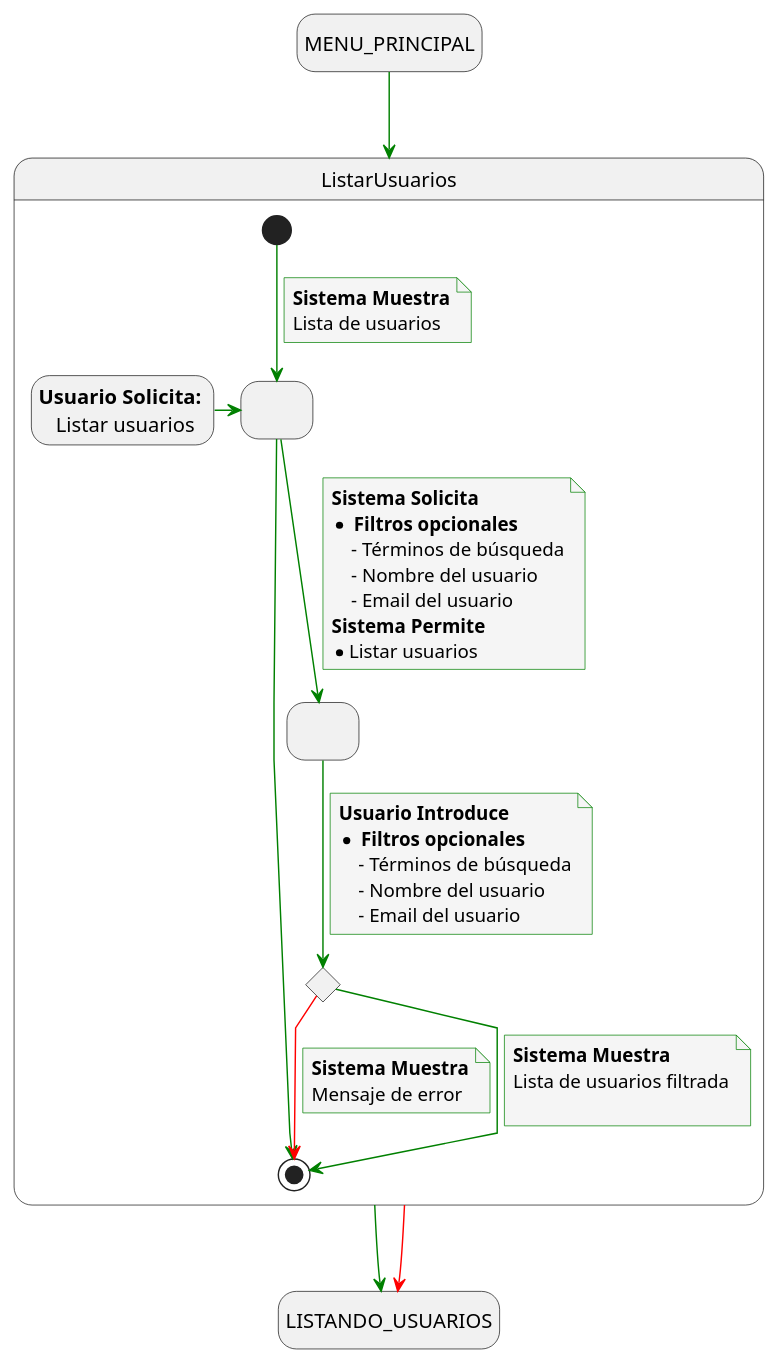
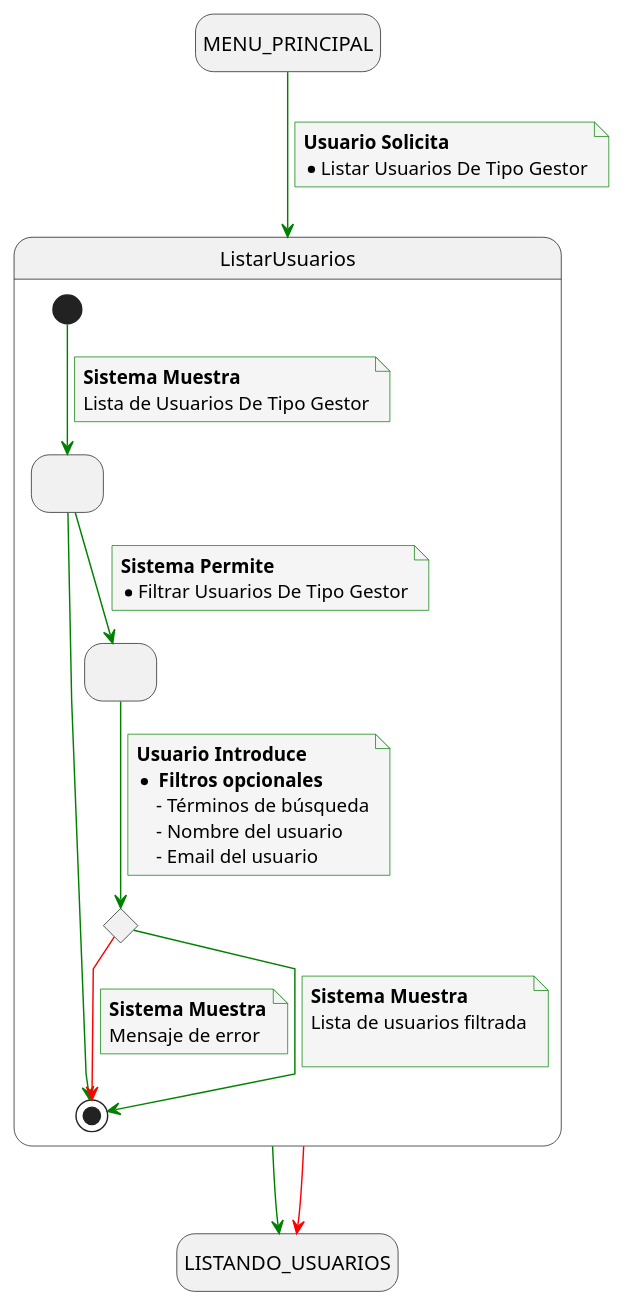
The diagram in docs/casosDeUso/detalladoCasosDeUso/detalladoUsuarios/detalladoListarUsuarioGestor.puml (mmasias/24-25-IdSw1-SDR), drawn with PlantUML before and after one commit. The commit also changed 7 other files, not shown here.

Commit message:
Ajuste detalle de CRUD usuarios tipo gestor

```diff
--- a/docs/casosDeUso/detalladoCasosDeUso/detalladoUsuarios/detalladoListarUsuarioGestor.puml
+++ b/docs/casosDeUso/detalladoCasosDeUso/detalladoUsuarios/detalladoListarUsuarioGestor.puml
@@ -1,69 +1,66 @@
 @startuml listar_usuarios
 skinparam {
     NoteBackgroundColor #whiteSmoke
     ArrowColor #green
     NoteBorderColor #green
     linetype polyline
 }
 
 hide empty description
 
 state startState as "MENU_PRINCIPAL"
 state endState as "LISTANDO_USUARIOS"
 
 startState --> ListarUsuarios
+note on link
+    <b>Usuario Solicita</b>
+    * Listar Usuarios De Tipo Gestor
+end note
 
 ListarUsuarios --> endState
 
 ListarUsuarios -[#red]-> endState
 
 state ListarUsuarios {
     state solicitudFiltros as " "
     state envioFiltros as " "
     state revisionFiltrosEnviados <<choice>>
-    state usuarioSolicita as "<b>Usuario Solicita:</b> \n Listar usuarios"
-
-    usuarioSolicita -> solicitudFiltros
+    
     [*] --> solicitudFiltros
     note on link
         <b>Sistema Muestra</b>
-        Lista de usuarios
+        Lista de Usuarios De Tipo Gestor
     end note
 
     solicitudFiltros -r-> [*]
     
-
+  
     solicitudFiltros --> envioFiltros
     note on link
-        <b>Sistema Solicita</b>
-        * <b> Filtros opcionales </b>
-            - Términos de búsqueda
-            - Nombre del usuario
-            - Email del usuario
         <b>Sistema Permite</b>
-        * Listar usuarios
+        * Filtrar Usuarios De Tipo Gestor
     end note
 
     envioFiltros --> revisionFiltrosEnviados
     note on link
         <b>Usuario Introduce</b>
         * <b> Filtros opcionales </b>
             - Términos de búsqueda
             - Nombre del usuario
             - Email del usuario
     end note
 
     revisionFiltrosEnviados -[#red]-> [*]
     note on link
         <b>Sistema Muestra</b>
         Mensaje de error
     end note
 
     revisionFiltrosEnviados --> [*]
     note on link
         <b>Sistema Muestra</b>
         Lista de usuarios filtrada
 
     end note
 }
 @enduml
```
